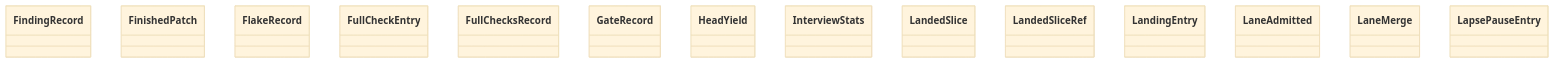
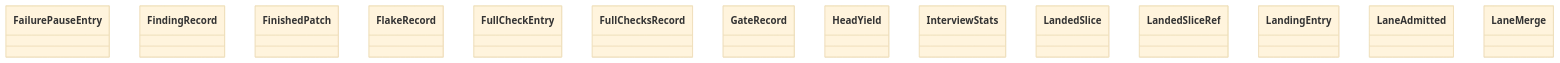
Before and after one commit to GonzaloZevallos/agentic-system: the diagram in docs/architecture/generated/classes-process-domain-state-5.md, drawn with Mermaid (base theme). The commit also changed 12 other files, not shown here.

````diff
--- a/docs/architecture/generated/classes-process-domain-state-5.md
+++ b/docs/architecture/generated/classes-process-domain-state-5.md
@@ -27,17 +27,17 @@
 ```mermaid
 classDiagram
+    class task__FailurePauseEntry["FailurePauseEntry"]
     class task__FindingRecord["FindingRecord"]
     class task__FinishedPatch["FinishedPatch"]
     class task__FlakeRecord["FlakeRecord"]
     class task__FullCheckEntry["FullCheckEntry"]
     class task__FullChecksRecord["FullChecksRecord"]
     class task__GateRecord["GateRecord"]
     class task__HeadYield["HeadYield"]
     class task__InterviewStats["InterviewStats"]
     class task__LandedSlice["LandedSlice"]
     class task__LandedSliceRef["LandedSliceRef"]
     class task__LandingEntry["LandingEntry"]
     class task__LaneAdmitted["LaneAdmitted"]
     class task__LaneMerge["LaneMerge"]
-    class task__LapsePauseEntry["LapsePauseEntry"]
 ```
````
